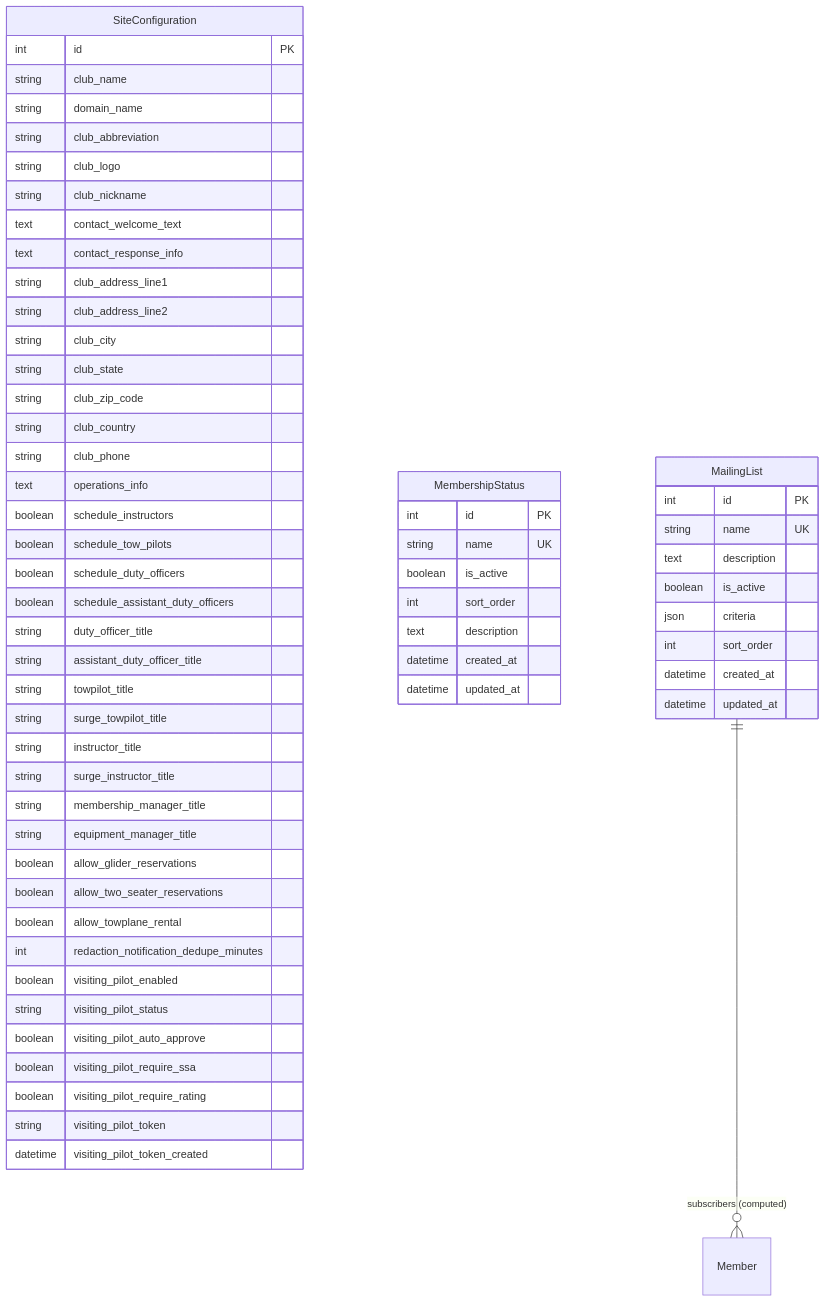
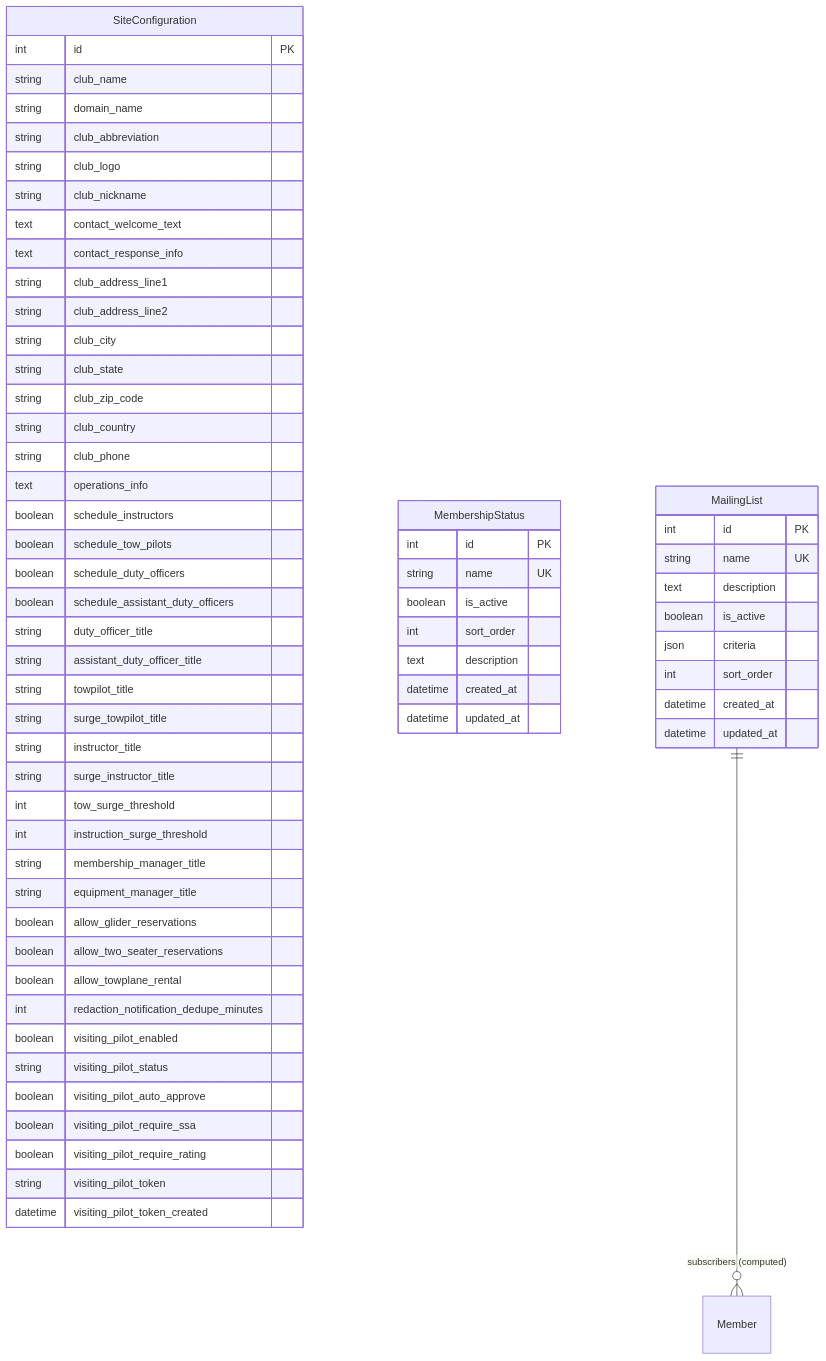
Before and after one commit to pietbarber/Manage2Soar: the diagram in siteconfig/docs/models.md, drawn with Mermaid. The commit also changed other lines of this file and 3 other files, not shown here.

First line of the commit message:
Document surge threshold behavior and add duty_roster models documentation

````diff
--- a/siteconfig/docs/models.md
+++ b/siteconfig/docs/models.md
@@ -9,67 +9,69 @@
 ```mermaid
 erDiagram
     SiteConfiguration {
         int id PK
         string club_name
         string domain_name
         string club_abbreviation
         string club_logo
         string club_nickname
         text contact_welcome_text
         text contact_response_info
         string club_address_line1
         string club_address_line2
         string club_city
         string club_state
         string club_zip_code
         string club_country
         string club_phone
         text operations_info
         boolean schedule_instructors
         boolean schedule_tow_pilots
         boolean schedule_duty_officers
         boolean schedule_assistant_duty_officers
         string duty_officer_title
         string assistant_duty_officer_title
         string towpilot_title
         string surge_towpilot_title
         string instructor_title
         string surge_instructor_title
+        int tow_surge_threshold
+        int instruction_surge_threshold
         string membership_manager_title
         string equipment_manager_title
         boolean allow_glider_reservations
         boolean allow_two_seater_reservations
         boolean allow_towplane_rental
         int redaction_notification_dedupe_minutes
         boolean visiting_pilot_enabled
         string visiting_pilot_status
         boolean visiting_pilot_auto_approve
         boolean visiting_pilot_require_ssa
         boolean visiting_pilot_require_rating
         string visiting_pilot_token
         datetime visiting_pilot_token_created
     }
 
     MembershipStatus {
         int id PK
         string name UK
         boolean is_active
         int sort_order
         text description
         datetime created_at
         datetime updated_at
     }
 
     MailingList {
         int id PK
         string name UK
         text description
         boolean is_active
         json criteria
         int sort_order
         datetime created_at
         datetime updated_at
     }
 
     MailingList ||--o{ Member : "subscribers (computed)"
 ```
````
